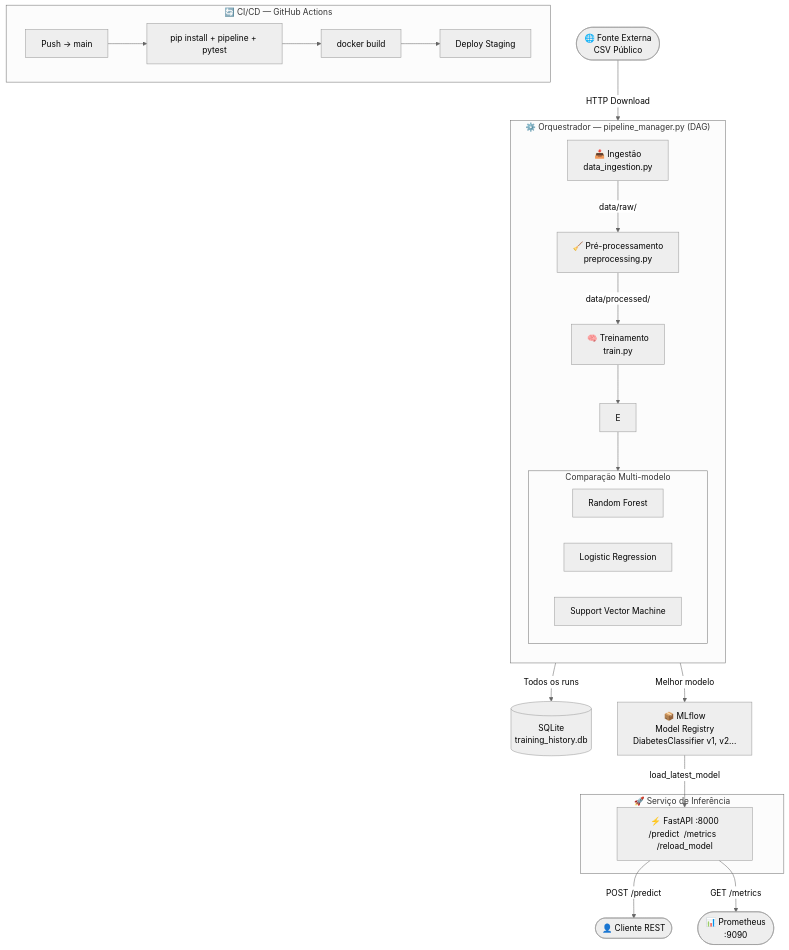
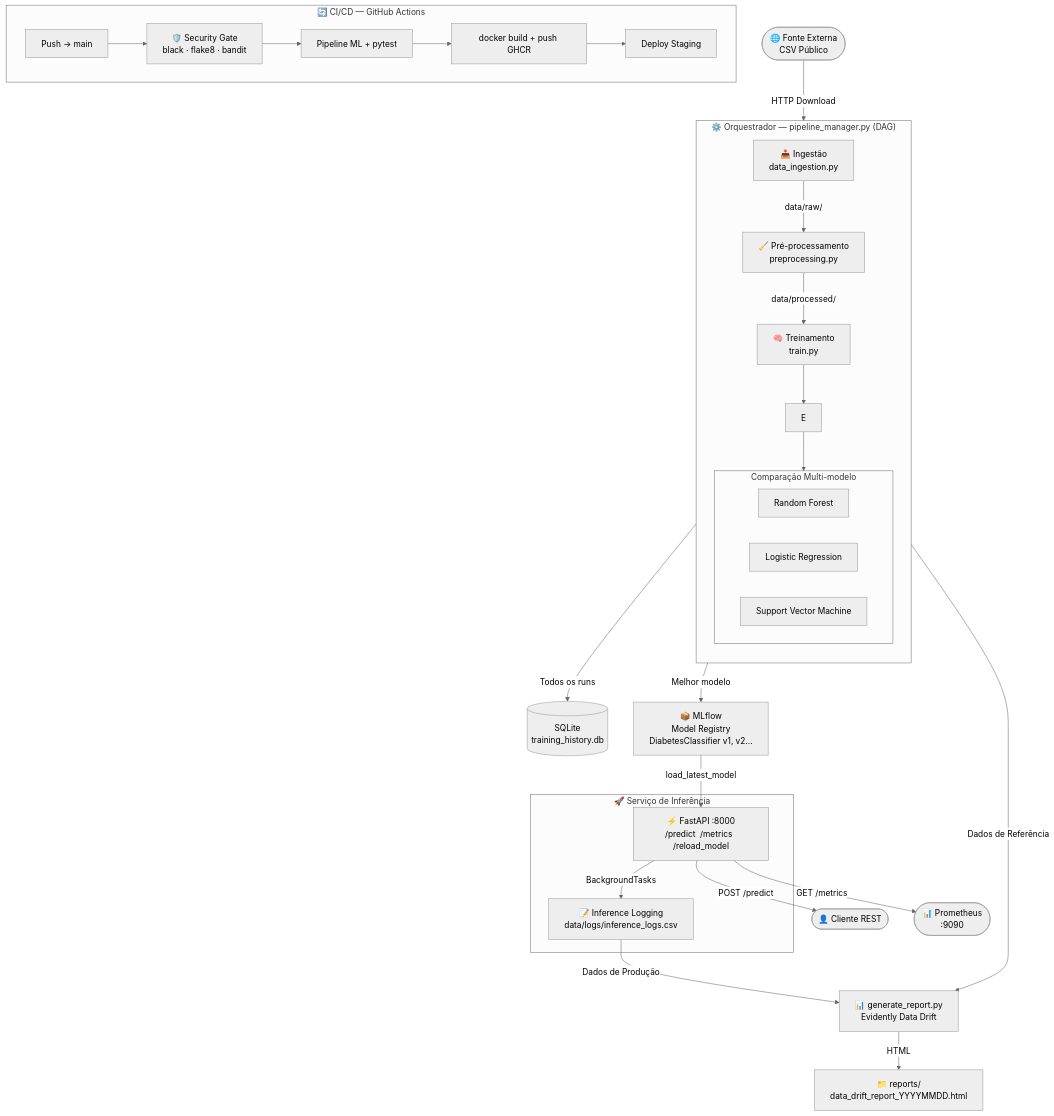
One commit to ArthurS357/santander-ml-pipeline changed the first of 2 diagrams in README.md. Above: the diagram before and after it, drawn with Mermaid (neutral theme). The commit also changed other lines of this file and 4 other files, not shown here.

````diff
--- a/README.md
+++ b/README.md
@@ -55,36 +58,42 @@
 ```mermaid
 flowchart TD
     A([🌐 Fonte Externa\nCSV Público]) -->|HTTP Download| B
 
     subgraph PIPELINE ["⚙️  Orquestrador — pipeline_manager.py (DAG)"]
         direction TB
         B["📥 Ingestão\ndata_ingestion.py"] -->|data/raw/| C
         C["🧹 Pré-processamento\npreprocessing.py"] -->|data/processed/| D
         D["🧠 Treinamento\ntrain.py"] --> E
 
         subgraph TREINO ["Comparação Multi-modelo"]
             direction LR
             RF[Random Forest]
             LR[Logistic Regression]
             SVM[Support Vector Machine]
         end
         E --> TREINO
     end
 
     TREINO -->|Todos os runs| F[(SQLite\ntraining_history.db)]
     TREINO -->|Melhor modelo| G["📦 MLflow\nModel Registry\nDiabetesClassifier v1, v2..."]
     G -->|load_latest_model| H
 
     subgraph SERVE ["🚀  Serviço de Inferência"]
         H["⚡ FastAPI :8000\n/predict  /metrics  /reload_model"]
+        H -->|BackgroundTasks| IL["📝 Inference Logging\ndata/logs/inference_logs.csv"]
     end
+
+    IL -->|Dados de Produção| RPT["📊 generate_report.py\nEvidently Data Drift"]
+    D -->|Dados de Referência| RPT
+    RPT -->|HTML| RDIR["📁 reports/\ndata_drift_report_YYYYMMDD.html"]
 
     H -->|POST /predict| I([👤 Cliente REST])
     H -->|GET /metrics| J([📊 Prometheus\n:9090])
 
     subgraph CICD ["🔄  CI/CD — GitHub Actions"]
-        K[Push → main] --> L[pip install + pipeline + pytest]
-        L --> M[docker build]
+        K[Push → main] --> SEC["🛡️ Security Gate\nblack · flake8 · bandit"]
+        SEC --> L[Pipeline ML + pytest]
+        L --> M["docker build + push GHCR"]
         M --> N[Deploy Staging]
     end
 ```
````
